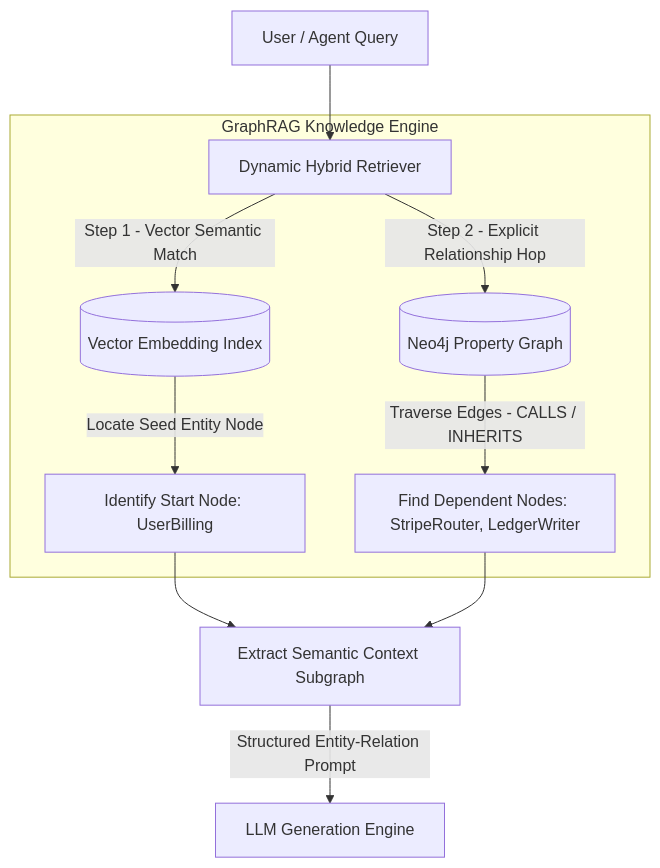
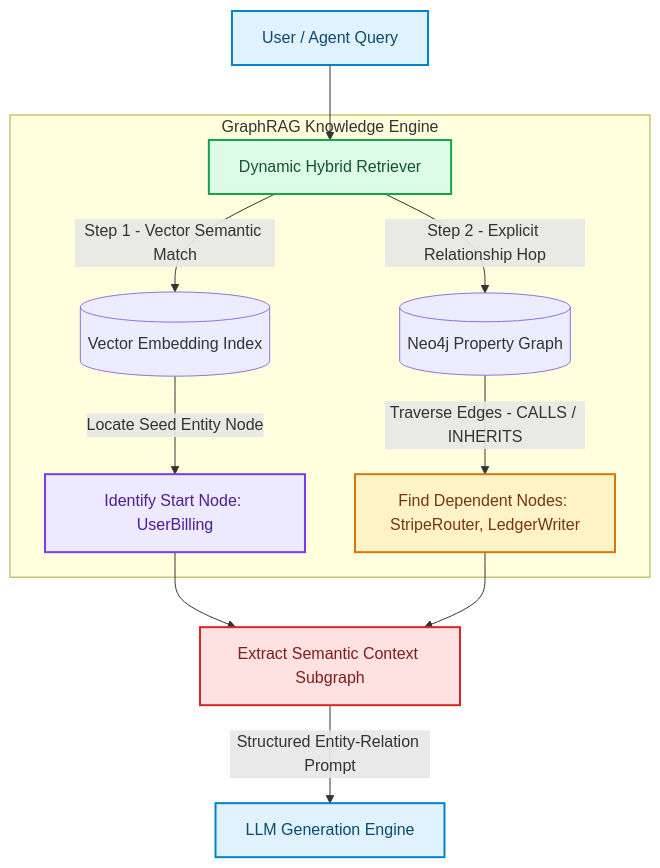
Before and after one commit to akmalkhaniub/akmalkhaniub.github.io: the diagram in blog/posts/graphrag-architecture-combining-knowledge-graphs-vector-embeddings.md, drawn with Mermaid. The commit also changed other lines of this file and 1291 other files, not shown here.

First line of the commit message:
feat(catalog): unique covers, scholarly references, and diagram palettes

````diff
--- a/blog/posts/graphrag-architecture-combining-knowledge-graphs-vector-embeddings.md
+++ b/blog/posts/graphrag-architecture-combining-knowledge-graphs-vector-embeddings.md
@@ -19,16 +19,27 @@
 ```mermaid
 flowchart TD
-  A[User / Agent Query] --> B[Dynamic Hybrid Retriever]
+  A["User / Agent Query"] --> B["Dynamic Hybrid Retriever"]
   
   subgraph SG1_GraphragKnowledgeEngine ["GraphRAG Knowledge Engine"]
     B -->|Step 1 - Vector Semantic Match| C[(Vector Embedding Index)]
     B -->|Step 2 - Explicit Relationship Hop| D[(Neo4j Property Graph)]
     
-    C -->|Locate Seed Entity Node| E[Identify Start Node: UserBilling]
-    D -->|Traverse Edges - CALLS / INHERITS| F[Find Dependent Nodes: StripeRouter, LedgerWriter]
+    C -->|Locate Seed Entity Node| E["Identify Start Node: UserBilling"]
+    D -->|Traverse Edges - CALLS / INHERITS| F["Find Dependent Nodes: StripeRouter, LedgerWriter"]
   end
   
-  E --> G[Extract Semantic Context Subgraph]
+  E --> G["Extract Semantic Context Subgraph"]
   F --> G
-  G -->|Structured Entity-Relation Prompt| H[LLM Generation Engine]
+  G -->|Structured Entity-Relation Prompt| H["LLM Generation Engine"]
+
+classDef green fill:#dcfce7,stroke:#16a34a,stroke-width:2px,color:#14532d;
+classDef red fill:#fee2e2,stroke:#dc2626,stroke-width:2px,color:#7f1d1d;
+classDef blue fill:#e0f2fe,stroke:#0284c7,stroke-width:2px,color:#0c4a6e;
+classDef yellow fill:#fef3c7,stroke:#d97706,stroke-width:2px,color:#78350f;
+classDef purple fill:#ede9fe,stroke:#7c3aed,stroke-width:2px,color:#4c1d95;
+class A,H blue
+class B green
+class E purple
+class F yellow
+class G red
 ```
````
